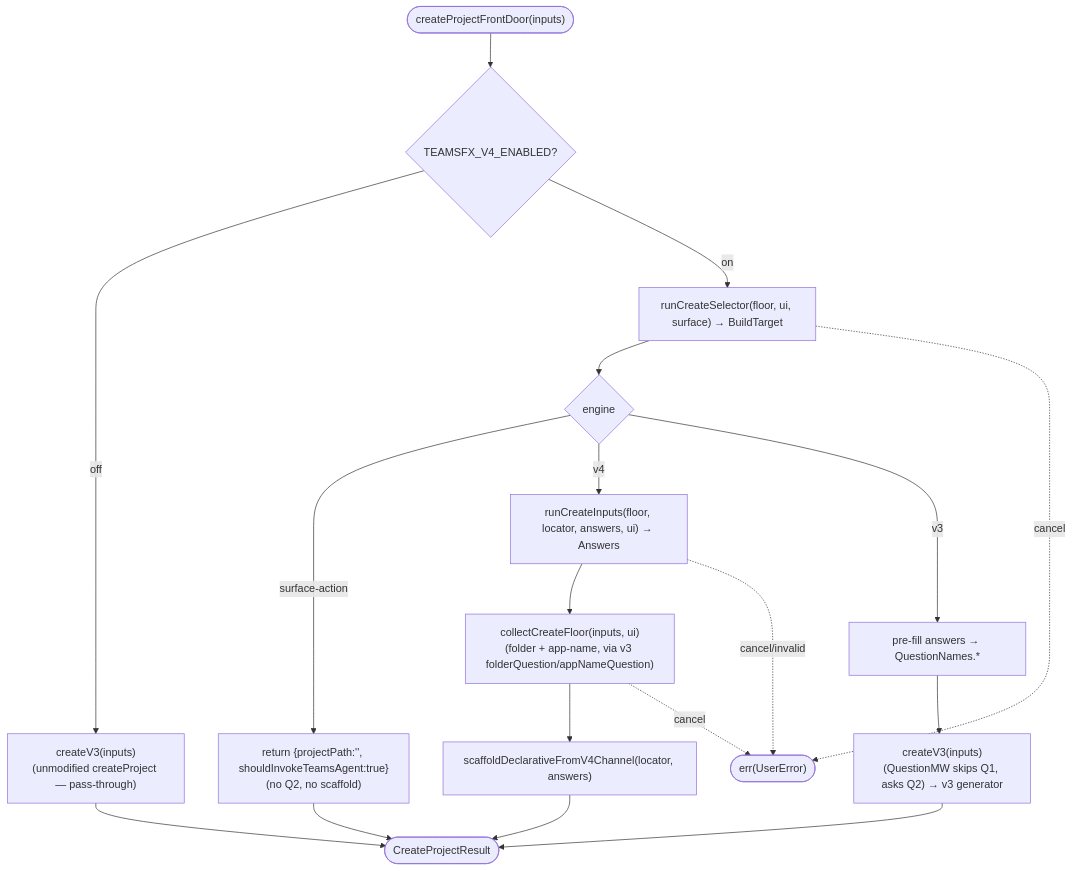
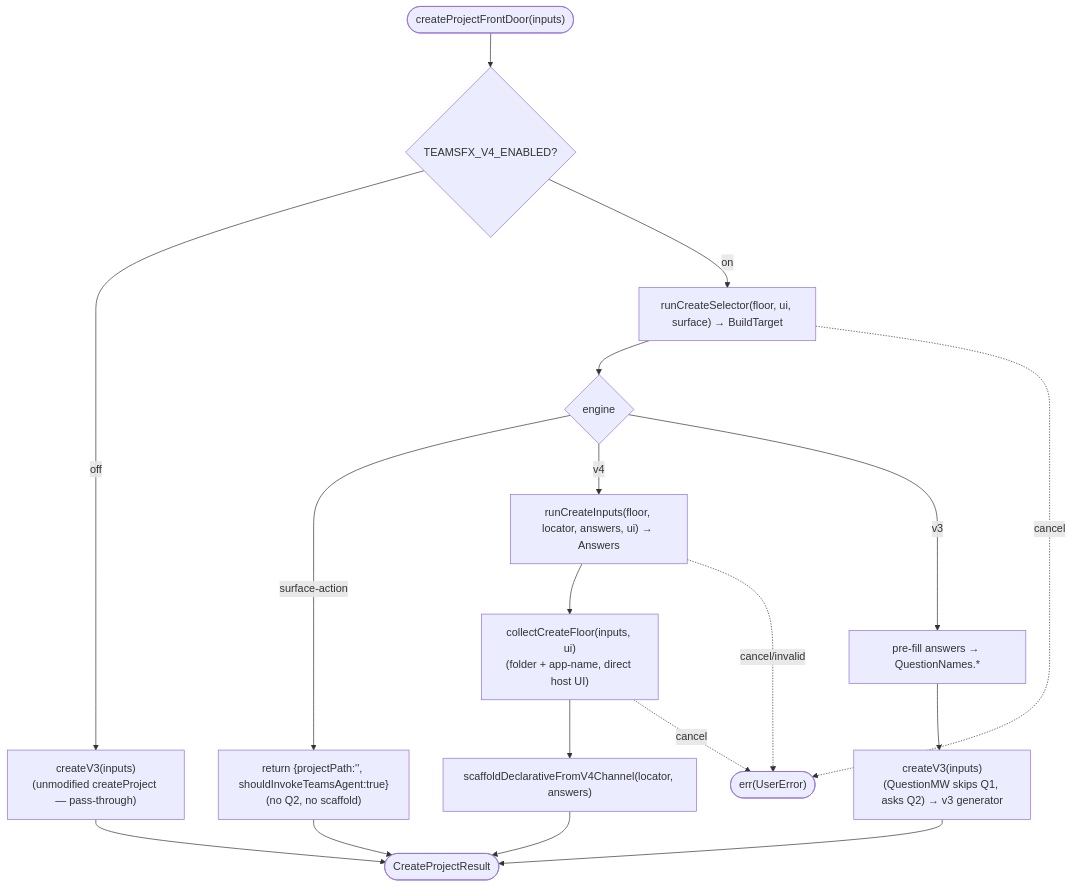
One commit to OfficeDev/microsoft-365-agents-toolkit changed the diagram in docs/03-specs/operations/scaffolding/dispatch-create-by-engine.md. Above: the diagram before and after it, drawn with Mermaid. The commit also changed other lines of this file and 7 other files, not shown here.

````diff
--- a/docs/03-specs/operations/scaffolding/dispatch-create-by-engine.md
+++ b/docs/03-specs/operations/scaffolding/dispatch-create-by-engine.md
@@ -132,13 +135,13 @@
 ```mermaid
 flowchart TD
   start(["createProjectFrontDoor(inputs)"]) --> flag{"TEAMSFX_V4_ENABLED?"}
   flag -- off --> v3pass["createV3(inputs)\n(unmodified createProject — pass-through)"] --> done(["CreateProjectResult"])
   flag -- on --> sel["runCreateSelector(floor, ui, surface) → BuildTarget"]
   sel --> eng{"engine"}
   eng -- "surface-action" --> act["return {projectPath:'', shouldInvokeTeamsAgent:true}\n(no Q2, no scaffold)"] --> done
-  eng -- "v4" --> q2v4["runCreateInputs(floor, locator, answers, ui) → Answers"] --> floor["collectCreateFloor(inputs, ui)\n(folder + app-name, via v3 folderQuestion/appNameQuestion)"] --> sc["scaffoldDeclarativeFromV4Channel(locator, answers)"] --> done
+  eng -- "v4" --> q2v4["runCreateInputs(floor, locator, answers, ui) → Answers"] --> floor["collectCreateFloor(inputs, ui)\n(folder + app-name, direct host UI)"] --> sc["scaffoldDeclarativeFromV4Channel(locator, answers)"] --> done
   eng -- "v3" --> pf["pre-fill answers → QuestionNames.*"] --> cv3["createV3(inputs)\n(QuestionMW skips Q1, asks Q2) → v3 generator"] --> done
   sel -. cancel .-> e(["err(UserError)"])
   q2v4 -. cancel/invalid .-> e
   floor -. cancel .-> e
 ```
````
